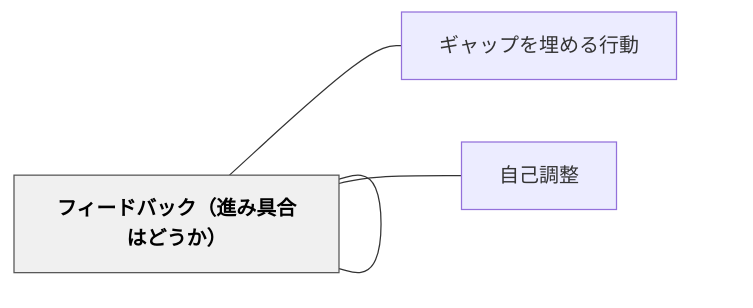
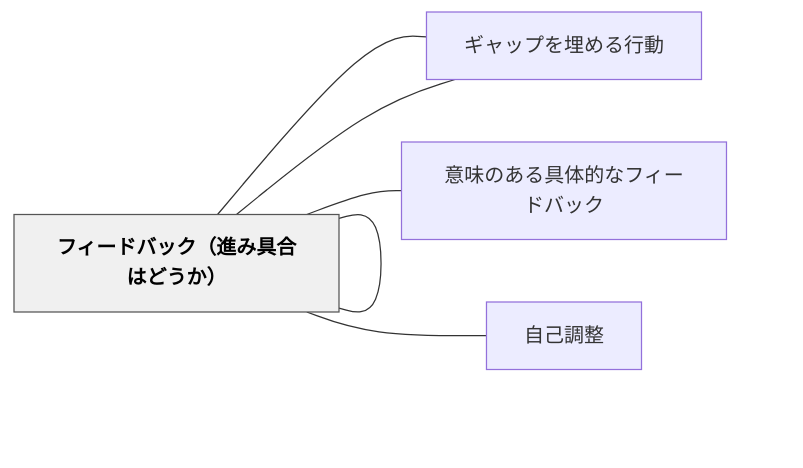
Before and after one commit to unknownthings-ed-patterns/unknownthings-ed-patterns: the diagram in content/パタン/フィードフォワード（次に何をするべきか）.md, drawn with Mermaid. The commit also changed other lines of this file and 473 other files, not shown here.

````diff
--- a/content/パタン/フィードフォワード（次に何をするべきか）.md
+++ b/content/パタン/フィードフォワード（次に何をするべきか）.md
@@ -51,18 +53,22 @@
 ```mermaid
 flowchart LR
     ne38395e382a3["フィードフォワード（次に何をするべきか）"]
+    ne382aee383a3["ギャップ"]
+    ne6848fe591b3["意味のある具体的なフィードバック"]
     ne38395e382a3["フィードバック"]
     ne38395e382a3["フィードアップ（どこに向かっているのか）"]
     ne38395e382a3["フィードバック（進み具合はどうか）"]
     ne382aee383a3["ギャップを埋める行動"]
     ne887aae5b7b1["自己調整"]
 
+    ne38395e382a3 --- ne382aee383a3
+    ne38395e382a3 --- ne6848fe591b3
     ne38395e382a3 --- ne38395e382a3
     ne38395e382a3 --- ne38395e382a3
     ne38395e382a3 --- ne38395e382a3
     ne38395e382a3 --- ne382aee383a3
     ne38395e382a3 --- ne887aae5b7b1
 
     classDef hub fill:#f0f0f0,stroke:#555,color:#000,font-weight:bold
     class ne38395e382a3 hub
 ```
````
